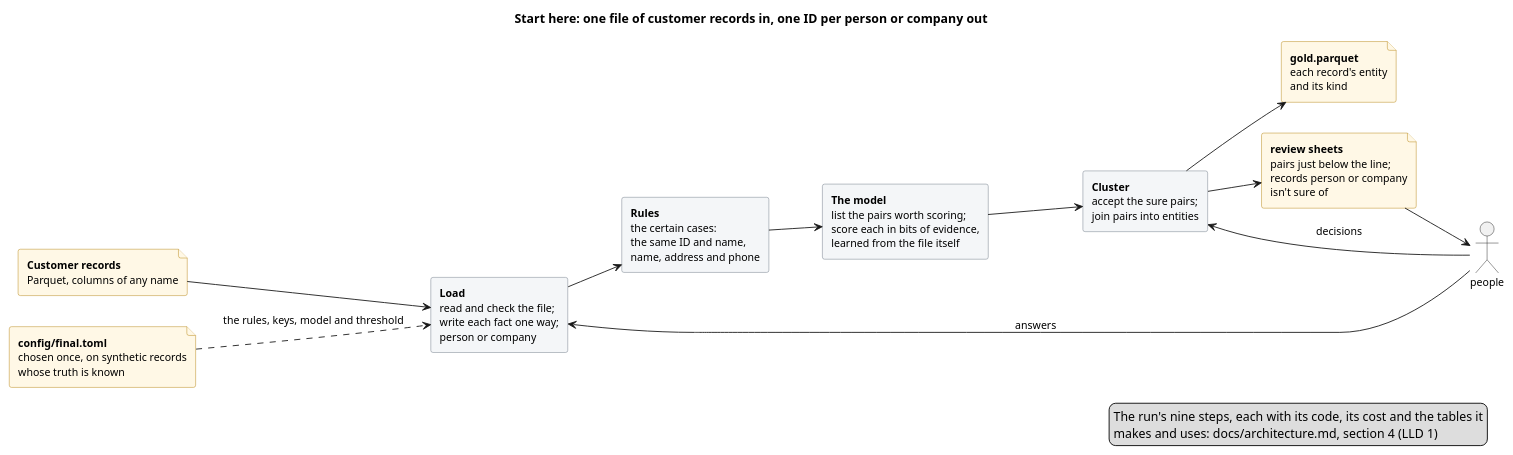
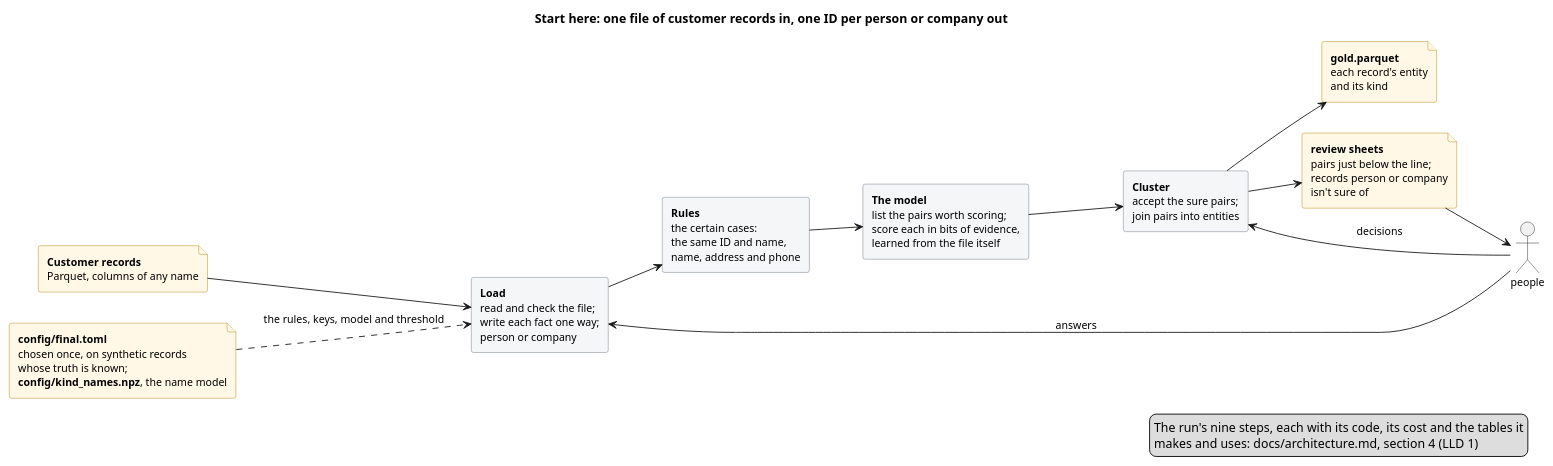
The diagram in docs/diagrams/overview.puml (mvsbm/entity_matching), drawn with PlantUML before and after one commit. The commit also changed 22 other files, not shown here.

First line of the commit message:
The name model a design-time file a run only loads

```diff
--- a/docs/diagrams/overview.puml
+++ b/docs/diagrams/overview.puml
@@ -1,39 +1,39 @@
 @startuml overview
 title Start here: one file of customer records in, one ID per person or company out
 left to right direction
 skinparam defaultFontSize 12
 skinparam rectangle {
   BackgroundColor #F4F6F8
   BorderColor #65717E
 }
 skinparam file {
   BackgroundColor #FFF8E6
   BorderColor #B07D00
 }
 
 file "<b>Customer records</b>\nParquet, columns of any name" as input
 rectangle "<b>Load</b>\nread and check the file;\nwrite each fact one way;\nperson or company" as load
 rectangle "<b>Rules</b>\nthe certain cases:\nthe same ID and name,\nname, address and phone" as rules
 rectangle "<b>The model</b>\nlist the pairs worth scoring;\nscore each in bits of evidence,\nlearned from the file itself" as model
 rectangle "<b>Cluster</b>\naccept the sure pairs;\njoin pairs into entities" as cluster
 file "<b>gold.parquet</b>\neach record's entity\nand its kind" as gold
 file "<b>review sheets</b>\npairs just below the line;\nrecords person or company\nisn't sure of" as sheets
 actor "people" as people
-file "<b>config/final.toml</b>\nchosen once, on synthetic records\nwhose truth is known" as config
+file "<b>config/final.toml</b>\nchosen once, on synthetic records\nwhose truth is known;\n<b>config/kind_names.npz</b>, the name model" as config
 
 input --> load
 load --> rules
 rules --> model
 model --> cluster
 cluster --> gold
 cluster --> sheets
 sheets --> people
 people --> cluster : decisions
 people --> load : answers
 config ..> load : the rules, keys, model and threshold
 
 legend right
   The run's nine steps, each with its code, its cost and the tables it
   makes and uses: docs/architecture.md, section 4 (LLD 1)
 endlegend
 @enduml
```
